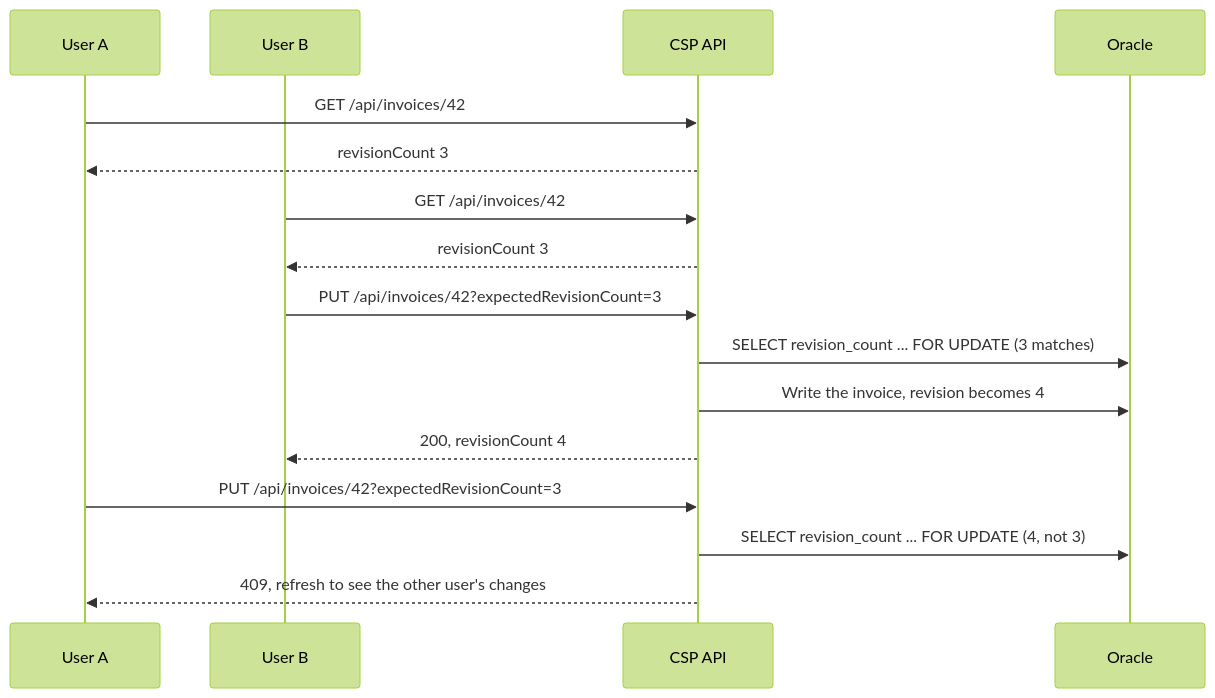
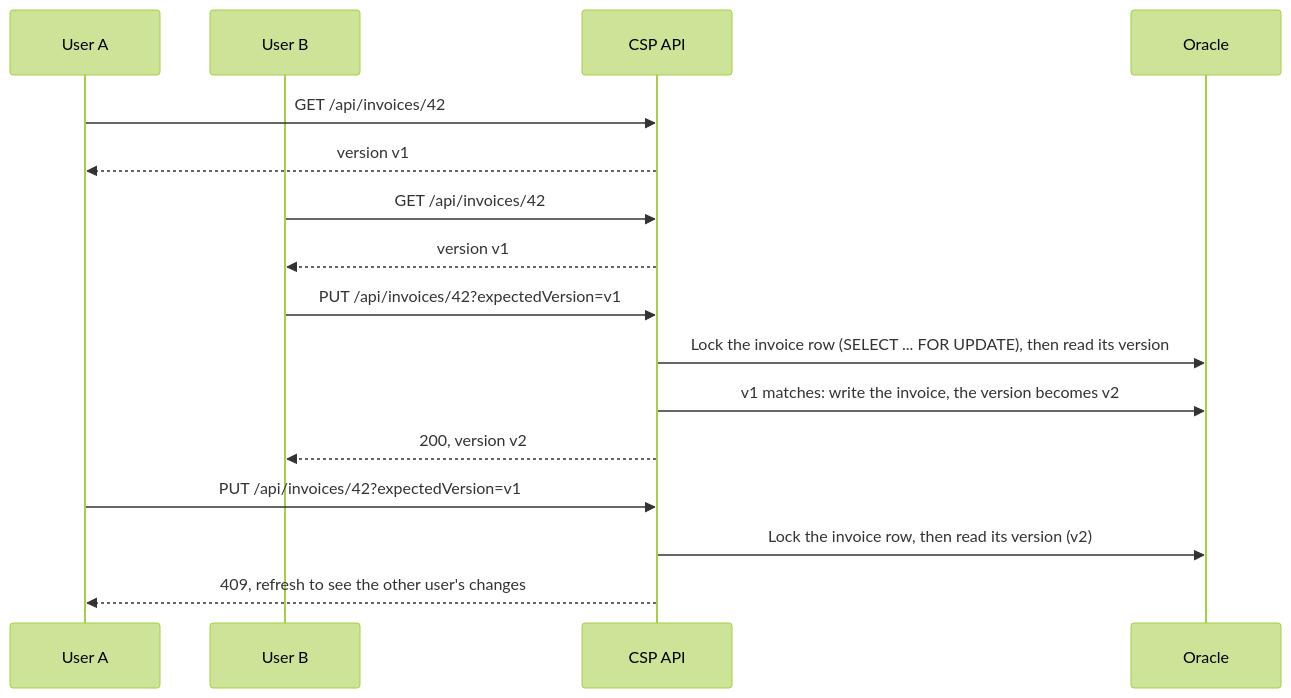
One commit to bcgov/nr-csp changed the diagram in ARCHITECTURE.md. Above: the diagram before and after it, drawn with Mermaid (forest theme). The commit also changed other lines of this file and 20 other files, not shown here.

First line of the commit message:
fix: version invoices across header and lines, pin editor versions

````diff
--- a/ARCHITECTURE.md
+++ b/ARCHITECTURE.md
@@ -192,18 +197,18 @@
 ```mermaid
 sequenceDiagram
     participant A as User A
     participant B as User B
     participant API as CSP API
     participant O as Oracle
     A->>API: GET /api/invoices/42
-    API-->>A: revisionCount 3
+    API-->>A: version v1
     B->>API: GET /api/invoices/42
-    API-->>B: revisionCount 3
-    B->>API: PUT /api/invoices/42?expectedRevisionCount=3
-    API->>O: SELECT revision_count ... FOR UPDATE (3 matches)
-    API->>O: Write the invoice, revision becomes 4
-    API-->>B: 200, revisionCount 4
-    A->>API: PUT /api/invoices/42?expectedRevisionCount=3
-    API->>O: SELECT revision_count ... FOR UPDATE (4, not 3)
+    API-->>B: version v1
+    B->>API: PUT /api/invoices/42?expectedVersion=v1
+    API->>O: Lock the invoice row (SELECT ... FOR UPDATE), then read its version
+    API->>O: v1 matches: write the invoice, the version becomes v2
+    API-->>B: 200, version v2
+    A->>API: PUT /api/invoices/42?expectedVersion=v1
+    API->>O: Lock the invoice row, then read its version (v2)
     API-->>A: 409, refresh to see the other user's changes
 ```
````
